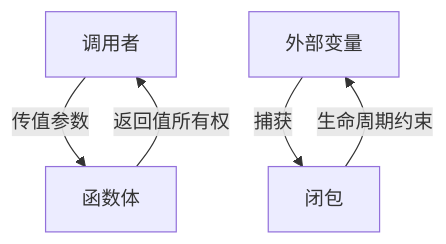
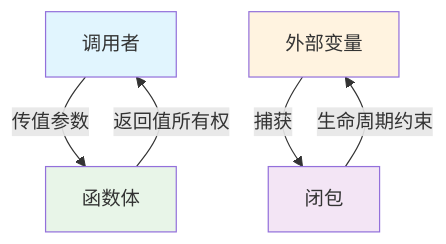
One commit to martin-ly/rust-lang changed the first of 2 diagrams in formal_rust/refactor/01_core_theory/01_variable_system/05_function_ownership_interaction.md. Above: the diagram before and after it, drawn with Mermaid. The commit also changed other lines of this file and 48 other files, not shown here.

````diff
--- a/formal_rust/refactor/01_core_theory/01_variable_system/05_function_ownership_interaction.md
+++ b/formal_rust/refactor/01_core_theory/01_variable_system/05_function_ownership_interaction.md
@@ -98,7 +254,12 @@
 ```mermaid
 graph TD
     A[调用者] -- 传值参数 --> B[函数体]
     B -- 返回值所有权 --> A
     C[外部变量] -- 捕获 --> D[闭包]
     D -- 生命周期约束 --> C
+    
+    style A fill:#e1f5fe
+    style B fill:#e8f5e8
+    style C fill:#fff3e0
+    style D fill:#f3e5f5
 ```
````
